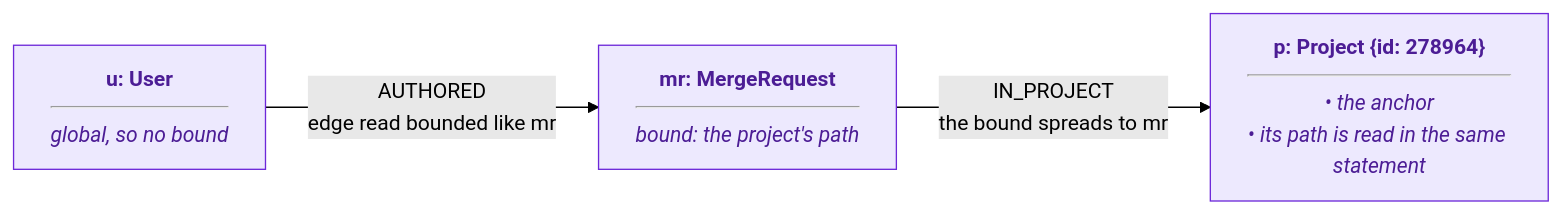
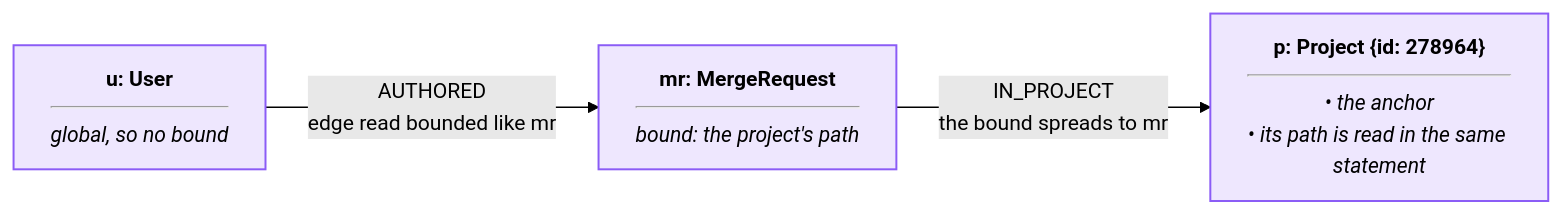
The eighth of 10 diagrams in docs/pages/engineering/architecture/query-engine.md (gitlabhq/orbit-knowledge-graph), drawn with Mermaid (forest theme) before and after one commit. The commit also changed other lines of this file and 5 other files, not shown here.

Commit message:
docs(architecture): rename to Orbit Query Engine and use theme-neutral diagram colors

````diff
--- a/docs/pages/engineering/architecture/query-engine.md
+++ b/docs/pages/engineering/architecture/query-engine.md
@@ -382,16 +382,16 @@
 ```mermaid
 %%{init: {"flowchart": {"curve": "linear", "nodeSpacing": 28, "rankSpacing": 64, "padding": 14}}}%%
 flowchart LR
     accTitle: Traversal-path bounds for the example query pinned to one project
     accDescr: The project has a known ID, so it is the anchor. Its path bounds the merge request through IN_PROJECT, and the AUTHORED edge read through the merge request. The user is global and gets no bound.
     user["<b>u: User</b><hr/><i>global, so no bound</i>"]
     mr["<b>mr: MergeRequest</b><hr/><i>bound: the project's path</i>"]
     project["<b>p: Project {id: 278964}</b><hr/><i>• the anchor<br/>• its path is read in the same statement</i>"]
     user -->|"AUTHORED<br/>edge read bounded like mr"| mr
     mr -->|"IN_PROJECT<br/>the bound spreads to mr"| project
 
-    classDef state fill:#EDE9FE,stroke:#6D28D9,color:#4C1D95
-    classDef caller fill:#FEF3C7,stroke:#B45309,color:#78350F
-    classDef external fill:#F3F4F6,stroke:#6B7280,color:#111827
+    classDef state fill:#8B5CF626,stroke:#8B5CF6,stroke-width:1.5px
+    classDef caller fill:#F59E0B26,stroke:#F59E0B,stroke-width:1.5px
+    classDef external fill:#9CA3AF26,stroke:#9CA3AF,stroke-width:1.5px
     class user,mr,project state
 ```
````
